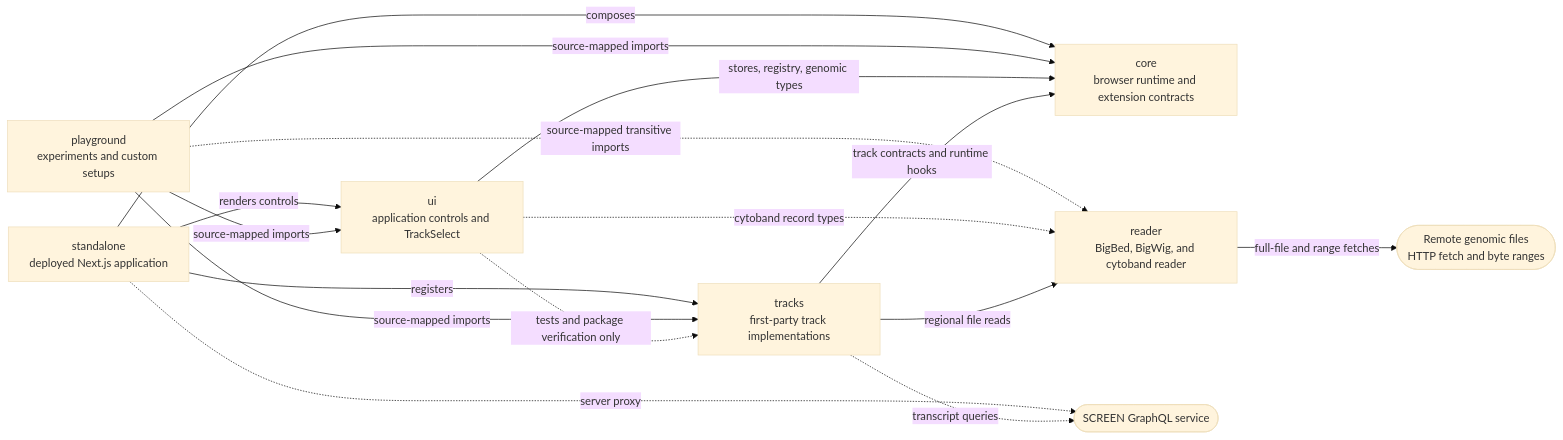
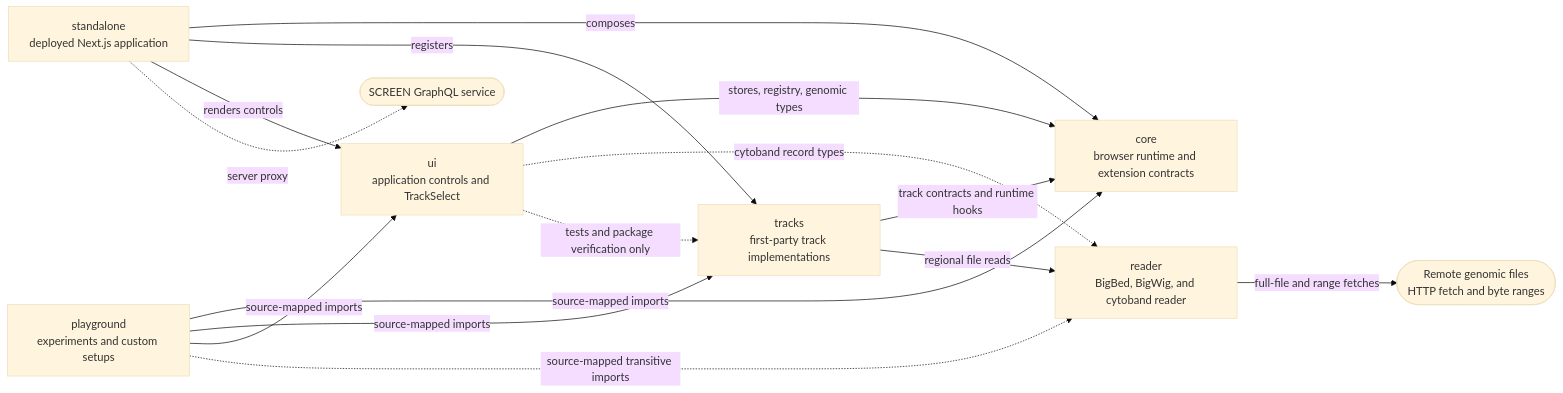
The first of 7 diagrams in docs/module-dependencies.md (weng-lab/genomebrowser), drawn with Mermaid (base theme) before and after one commit. The commit also changed other lines of this file and 45 other files, not shown here.

Commit message:
Remove the old GraphQL Transcript track and core endpoint export (#230)

````diff
--- a/docs/module-dependencies.md
+++ b/docs/module-dependencies.md
@@ -16,29 +16,28 @@
 ```mermaid
 flowchart LR
   STANDALONE["standalone<br/>deployed Next.js application"]
   PLAYGROUND["playground<br/>experiments and custom setups"]
   UI["ui<br/>application controls and TrackSelect"]
   TRACKS["tracks<br/>first-party track implementations"]
   CORE["core<br/>browser runtime and extension contracts"]
   READER["reader<br/>BigBed, BigWig, and cytoband reader"]
 
   SCREEN(["SCREEN GraphQL service"])
   FILES(["Remote genomic files<br/>HTTP fetch and byte ranges"])
 
   STANDALONE -->|composes| CORE
   STANDALONE -->|registers| TRACKS
   STANDALONE -->|renders controls| UI
   PLAYGROUND -->|source-mapped imports| CORE
   PLAYGROUND -->|source-mapped imports| TRACKS
   PLAYGROUND -->|source-mapped imports| UI
   PLAYGROUND -. "source-mapped transitive imports" .-> READER
   UI -->|stores, registry, genomic types| CORE
   UI -. "cytoband record types" .-> READER
   TRACKS -->|track contracts and runtime hooks| CORE
   TRACKS -->|regional file reads| READER
   UI -. "tests and package verification only" .-> TRACKS
 
   STANDALONE -. "server proxy" .-> SCREEN
-  TRACKS -. "transcript queries" .-> SCREEN
   READER -->|full-file and range fetches| FILES
 ```
````
